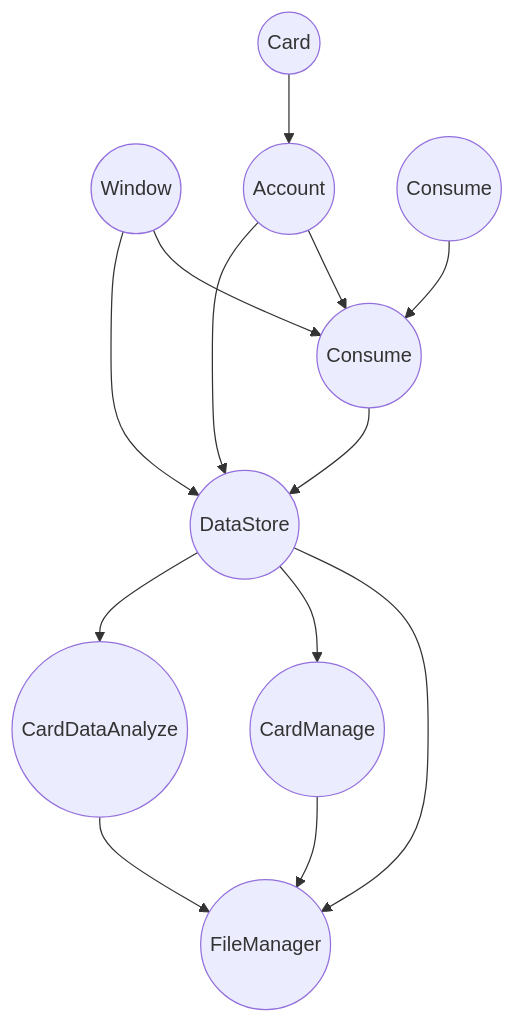
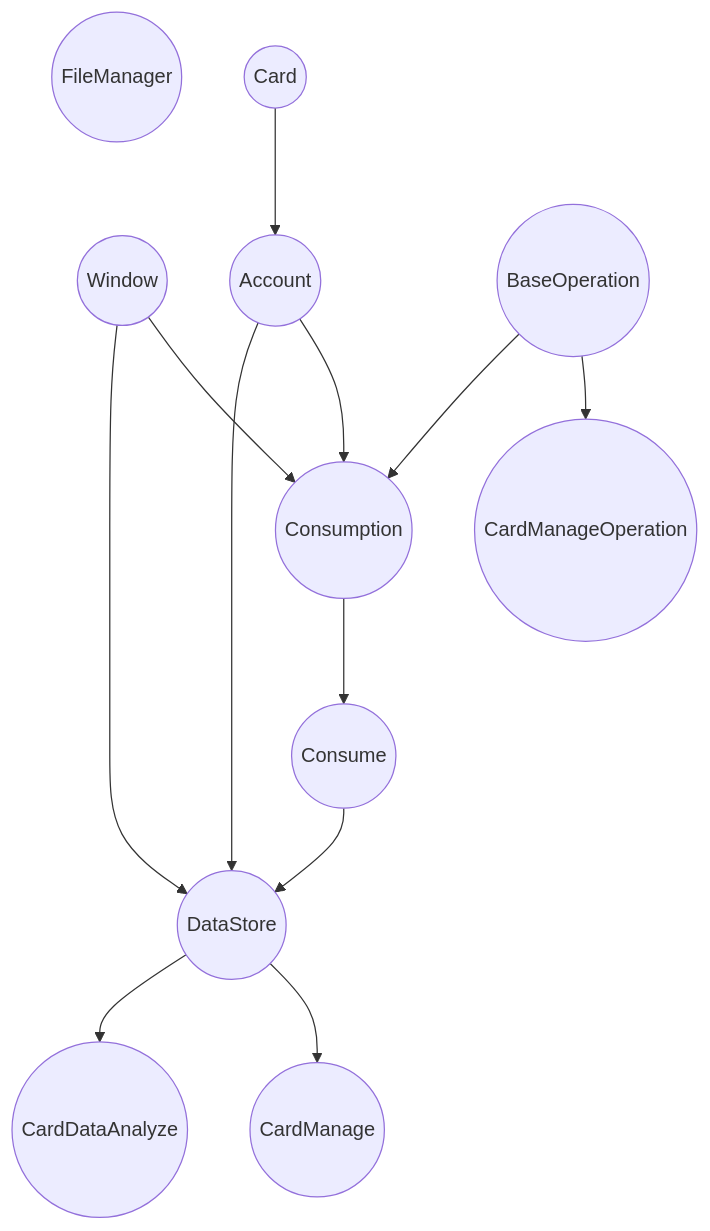
Before and after one commit to xhzq233/CampusCardBackEnd: the diagram in README.md, drawn with Mermaid. The commit also changed other lines of this file, not shown here.

````diff
--- a/README.md
+++ b/README.md
@@ -17,27 +21,29 @@
 ```mermaid
 graph TB
 
 A((FileManager))
 B((Window))
 C((Card))
 D((Account))
-E((Consume))
+
+E((Consumption))
 F((Consume))
 G((DataStore))
 H((CardManage))
 I((CardDataAnalyze))
+J((BaseOperation))
+K((CardManageOperation))
 
-G-->A
-H-->A
-I-->A
+J-->K
+J-->E
 B-->E
 D-->E
-E-->G
-F-->E
+E-->F
+F-->G
 B-->G
 C-->D
 D-->G
 G-->H
 G-->I
 
 ```
````
